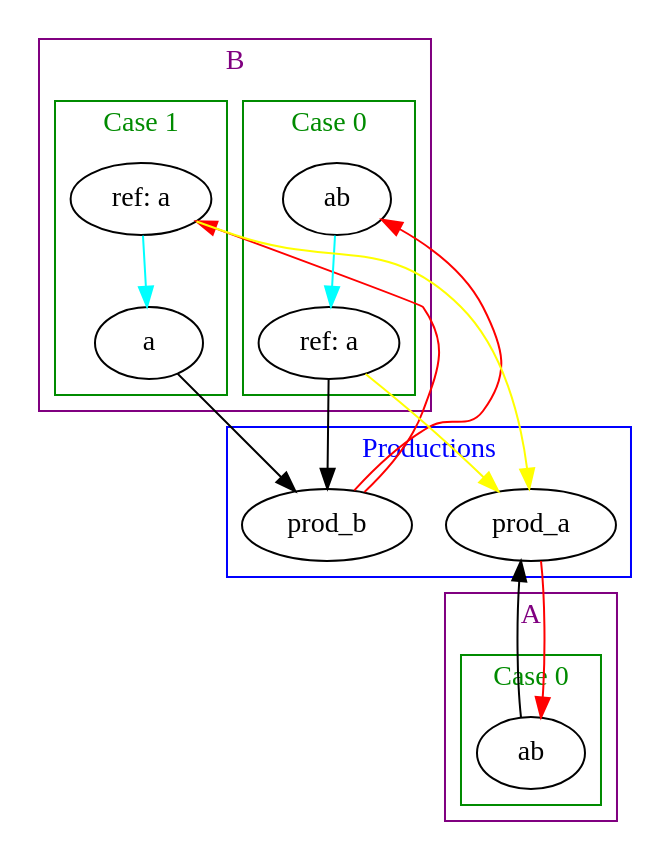
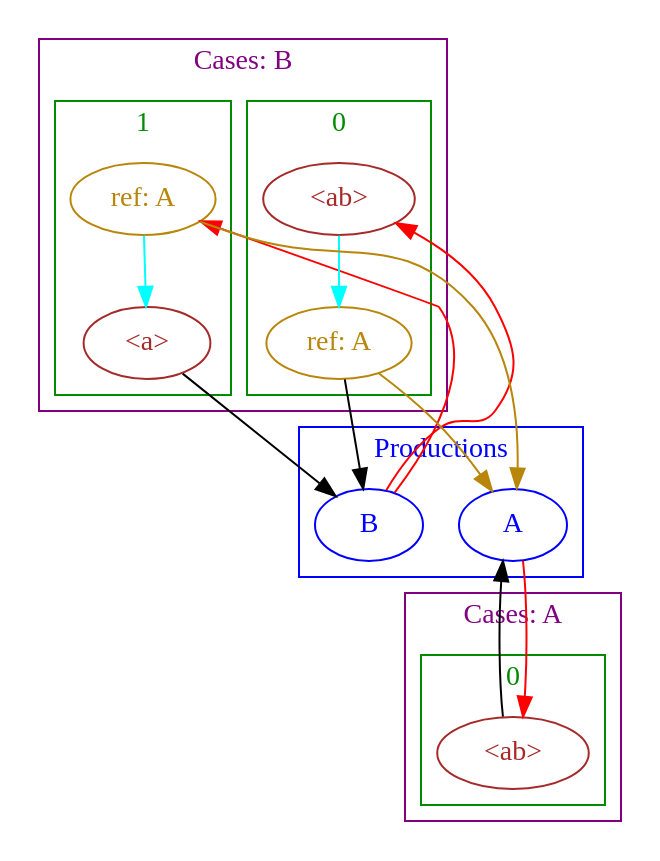
The diagram in graphviz-test.dot (cosmicexplorer/simultaneous-productions), drawn with Graphviz before and after one commit. The commit also changed 1 other file, not shown here.

Commit message:
get the test graph reasonably nice

```diff
--- a/graphviz-test.dot
+++ b/graphviz-test.dot
@@ -1,65 +1,66 @@
 digraph test_sp_graph {
     compound = true;
 
     subgraph prods {
         cluster = true;
         label = "Productions";
         color = blue;
         fontcolor = blue;
+        node [color="blue", fontcolor="blue"];
         rank  = same;
-        prod_a[label="prod_a"];
-        prod_b[label="prod_b"];
+        prod_a[label="A"];
+        prod_b[label="B"];
     }
 
     subgraph a_prod {
         cluster = true;
-        label = "A";
+        label = "Cases: A";
         color = purple;
         fontcolor = purple;
         rank = same;
         subgraph a_case_0 {
             cluster = true;
-            label = "Case 0";
+            label = "0";
             color = green4;
             fontcolor = green4;
             rank = same;
-            vertex_0[label="ab"];
+            vertex_0[label="<ab>", color="brown", fontcolor="brown"];
         }
     }
     prod_a -> vertex_0[label="", color="red"];
     vertex_0 -> prod_a[label="", color="black"];
 
     subgraph b_prod {
         cluster = true;
-        label = "B";
+        label = "Cases: B";
         color = purple;
         fontcolor = purple;
         rank = same;
         subgraph b_case_0 {
             cluster = true;
-            label = "Case 0";
+            label = "0";
             color = green4;
             fontcolor = green4;
             rank = same;
-            vertex_1[label="ab"];
-            vertex_2[label="ref: a"];
+            vertex_1[label="<ab>", color="brown", fontcolor="brown"];
+            vertex_2[label="ref: A", color="darkgoldenrod", fontcolor="darkgoldenrod"];
         }
         subgraph b_case_1 {
             cluster = true;
-            label = "Case 1";
+            label = "1";
             color = green4;
             fontcolor = green4;
             rank = same;
-            vertex_3[label="ref: a"];
-            vertex_4[label="a"];
+            vertex_3[label="ref: A", color="darkgoldenrod", fontcolor="darkgoldenrod"];
+            vertex_4[label="<a>", color="brown", fontcolor="brown"];
         }
     }
     prod_b -> vertex_1[label="", color="red"];
     vertex_1 -> vertex_2[label="", color="aqua"];
-    vertex_2 -> prod_a[label="", color="yellow"];
+    vertex_2 -> prod_a[label="", color="darkgoldenrod"];
     vertex_2 -> prod_b[label="", color="black"];
     prod_b -> vertex_3[label="", color="red"];
-    vertex_3 -> prod_a[label="", color="yellow"];
+    vertex_3 -> prod_a[label="", color="darkgoldenrod"];
     vertex_3 -> vertex_4[label="", color="aqua"];
     vertex_4 -> prod_b[label="", color="black"];
 }
```
